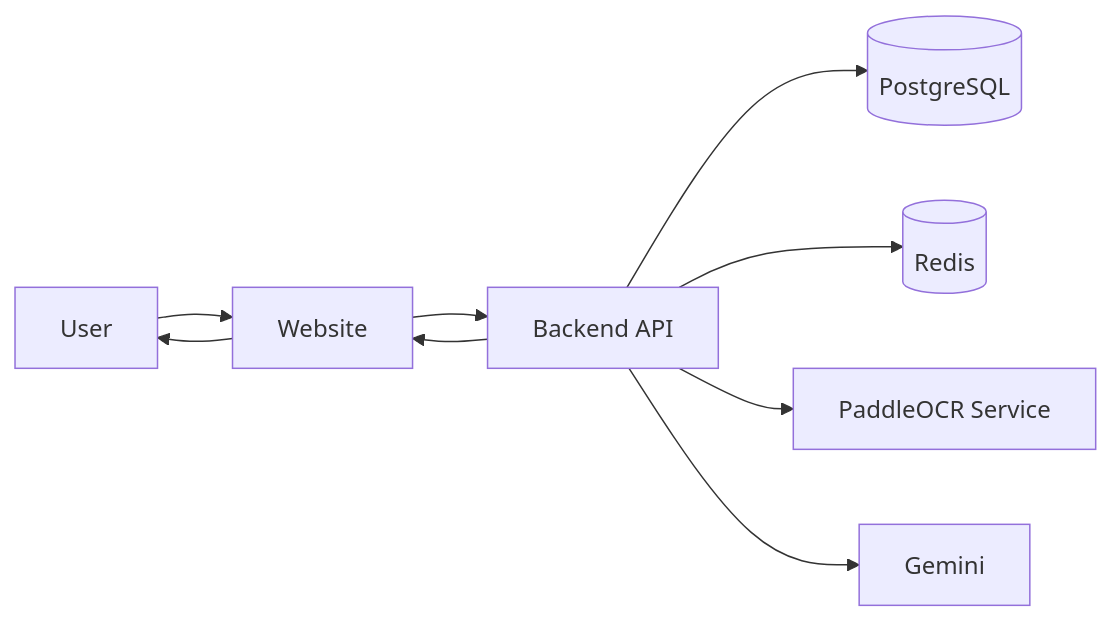
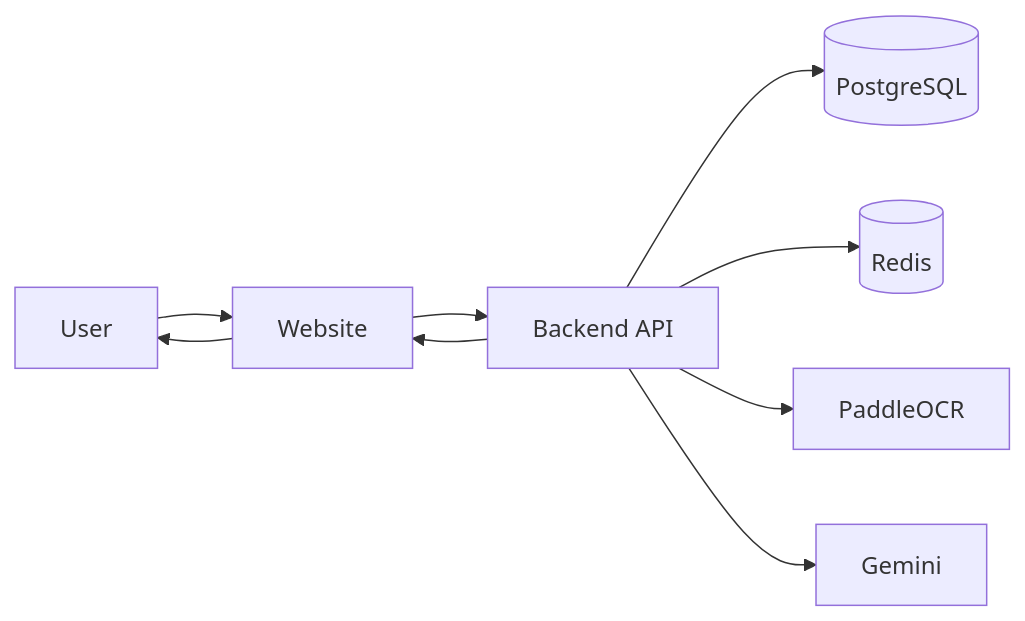
The diagram in README.md (Aman-in-GitHub/College-Project), drawn with Mermaid before and after one commit. The commit also changed other lines of this file and 4 other files, not shown here.

````diff
--- a/README.md
+++ b/README.md
@@ -26,11 +26,11 @@
 ```mermaid
 flowchart LR
   user["User"] --> website["Website"]
   website --> backend["Backend API"]
   backend --> website
   website --> user
   backend --> postgres[("PostgreSQL")]
   backend --> redis[("Redis")]
-  backend --> fastapi["PaddleOCR Service"]
+  backend --> fastapi["PaddleOCR"]
   backend --> gemini["Gemini"]
 ```
````
